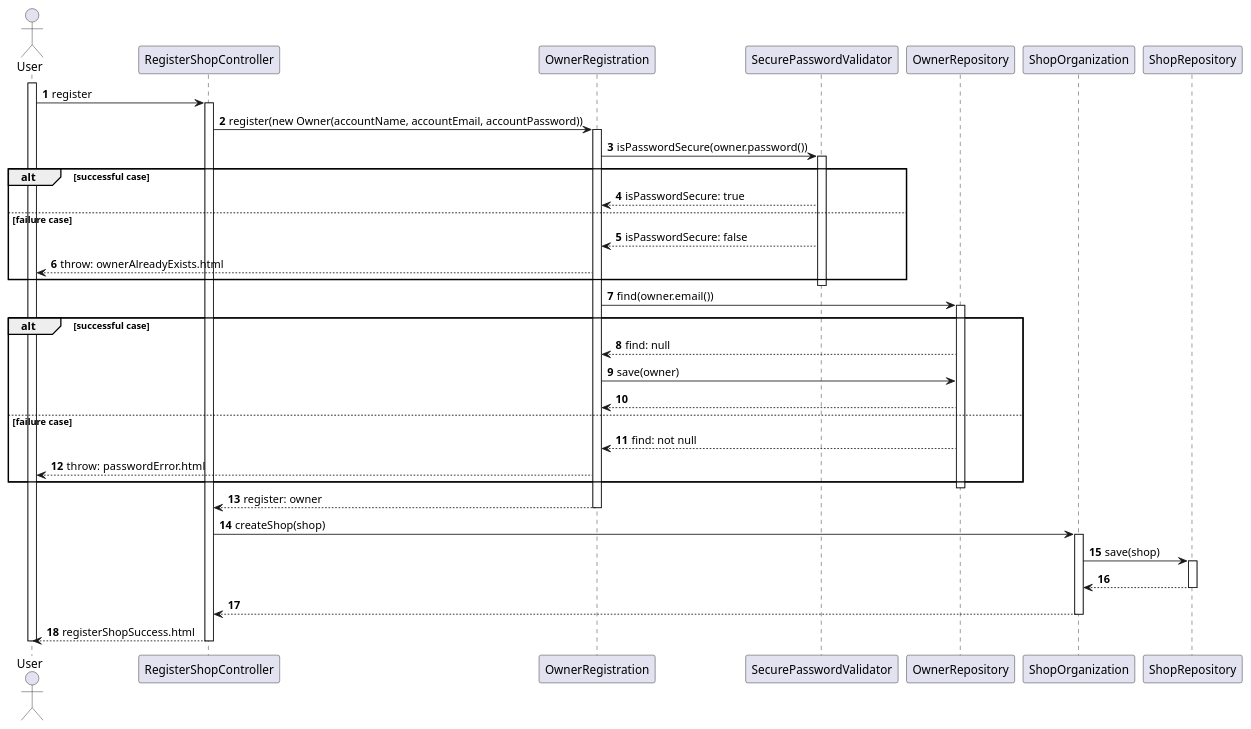
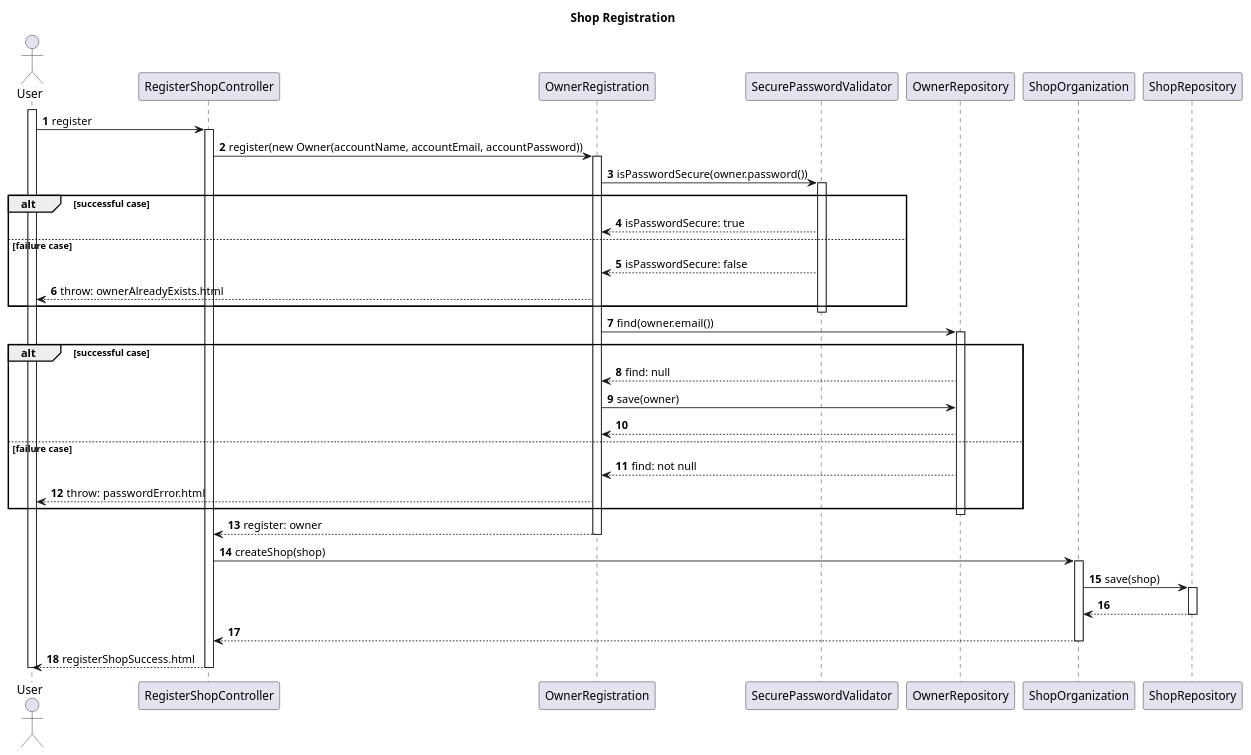
The diagram in src/main/resources/uml/ShopRegistration.puml (tuandung18/eFu-g-ngerzone), drawn with PlantUML before and after one commit.

Commit message:
Added Title to Shop Registration UML

```diff
--- a/src/main/resources/uml/ShopRegistration.puml
+++ b/src/main/resources/uml/ShopRegistration.puml
@@ -1,52 +1,53 @@
 @startuml
 'https://plantuml.com/sequence-diagram
 
 autonumber
-Actor User
+title Shop Registration
+actor User
 
 activate User
 User -> RegisterShopController: register
 activate RegisterShopController
 RegisterShopController -> OwnerRegistration: register(new Owner(accountName, accountEmail, accountPassword))
 activate OwnerRegistration
 OwnerRegistration -> SecurePasswordValidator: isPasswordSecure(owner.password())
 activate SecurePasswordValidator
 alt successful case
     OwnerRegistration <-- SecurePasswordValidator: isPasswordSecure: true
 else failure case
     OwnerRegistration <-- SecurePasswordValidator: isPasswordSecure: false
     User <-- OwnerRegistration: throw: ownerAlreadyExists.html
 end
 deactivate SecurePasswordValidator
 OwnerRegistration -> OwnerRepository: find(owner.email())
 activate OwnerRepository
 alt successful case
     OwnerRegistration <-- OwnerRepository: find: null
     OwnerRegistration -> OwnerRepository: save(owner)
     OwnerRegistration <-- OwnerRepository
 else failure case
     OwnerRegistration <-- OwnerRepository: find: not null
     User <-- OwnerRegistration: throw: passwordError.html
 end
 deactivate OwnerRepository
 RegisterShopController <-- OwnerRegistration: register: owner
 deactivate OwnerRegistration
 RegisterShopController -> ShopOrganization: createShop(shop)
 activate ShopOrganization
 ShopOrganization -> ShopRepository: save(shop)
 activate ShopRepository
 ShopOrganization <-- ShopRepository
 deactivate ShopRepository
 RegisterShopController <-- ShopOrganization
 deactivate ShopOrganization
 User <-- RegisterShopController: registerShopSuccess.html
 deactivate RegisterShopController
 deactivate User
 
 
 'Alice -> Bob: Authentication Request
 'Bob --> Alice: Authentication Response
 
 'Alice -> Bob: Another authentication Request
 'Alice <-- Bob: another authentication Response
 @enduml
```
